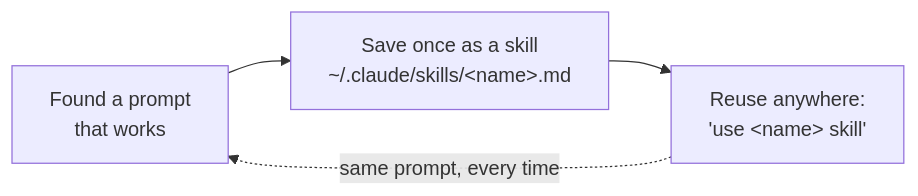
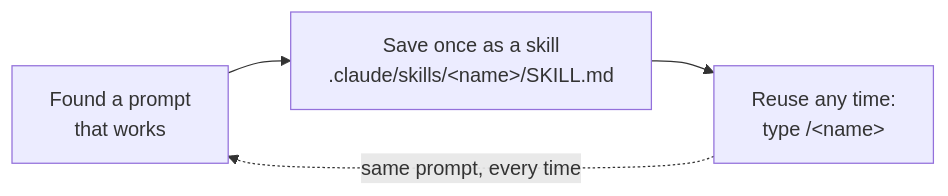
Before and after one commit to velesnitski/claude-code-quickstart: the fourth of 4 diagrams in docs/04-examples.md, drawn with Mermaid. The commit also changed other lines of this file and 10 other files, not shown here.

````diff
--- a/docs/04-examples.md
+++ b/docs/04-examples.md
@@ -170,6 +170,6 @@
 ```mermaid
 flowchart LR
-    P["Found a prompt<br/>that works"] --> Save["Save once as a skill<br/>~/.claude/skills/&lt;name&gt;.md"]
-    Save --> Reuse["Reuse anywhere:<br/>'use &lt;name&gt; skill'"]
+    P["Found a prompt<br/>that works"] --> Save["Save once as a skill<br/>.claude/skills/&lt;name&gt;/SKILL.md"]
+    Save --> Reuse["Reuse any time:<br/>type /&lt;name&gt;"]
     Reuse -.same prompt, every time.-> P
 ```
````
